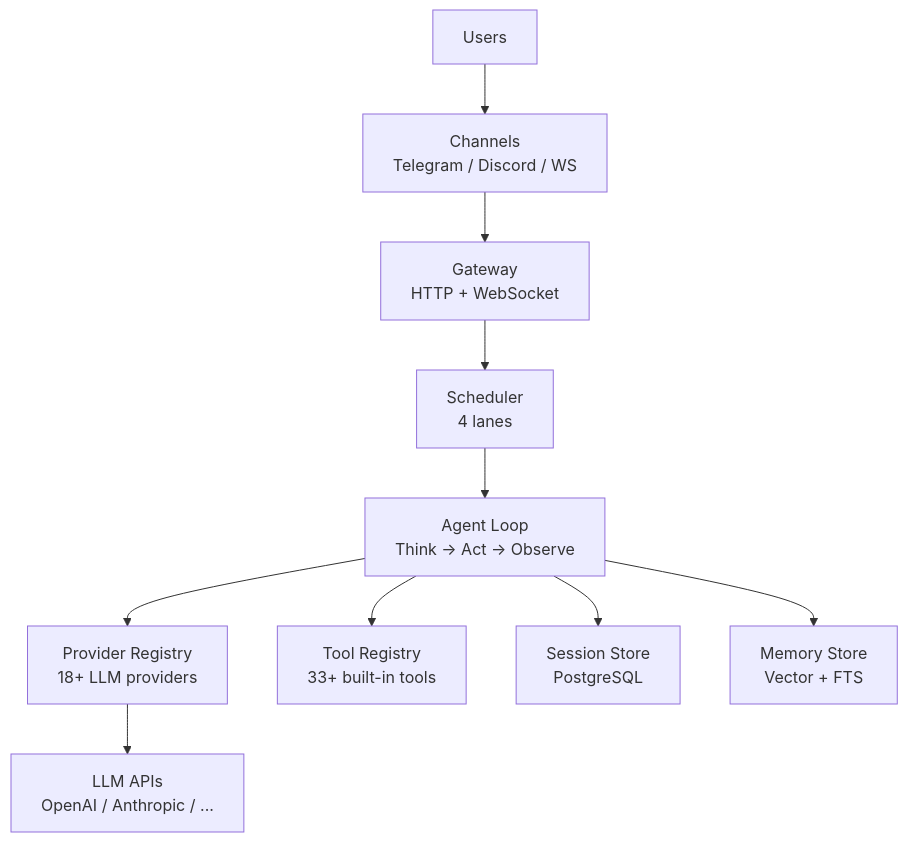
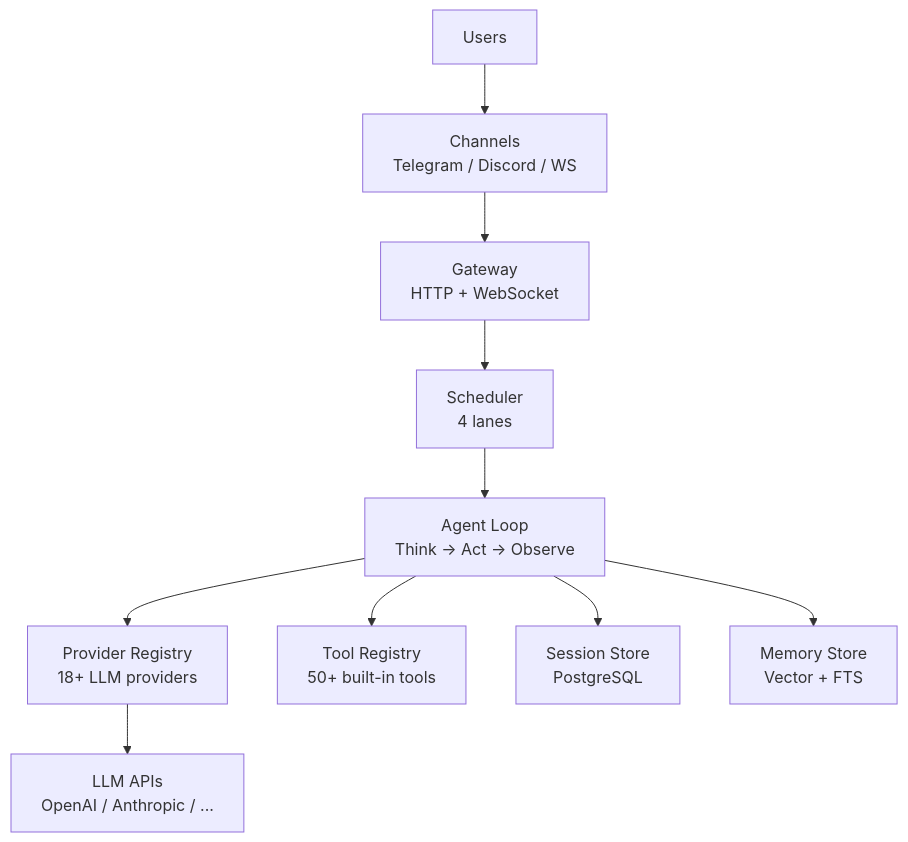
One commit to nextlevelbuilder/goclaw-docs changed the first of 2 diagrams in core-concepts/how-goclaw-works.md. Above: the diagram before and after it, drawn with Mermaid. The commit also changed other lines of this file and 11 other files, not shown here.

````diff
--- a/core-concepts/how-goclaw-works.md
+++ b/core-concepts/how-goclaw-works.md
@@ -11,12 +11,12 @@
 ```mermaid
 graph TD
     U[Users] --> CH[Channels<br/>Telegram / Discord / WS]
     CH --> GW[Gateway<br/>HTTP + WebSocket]
     GW --> SC[Scheduler<br/>4 lanes]
     SC --> AL[Agent Loop<br/>Think → Act → Observe]
     AL --> PR[Provider Registry<br/>18+ LLM providers]
-    AL --> TR[Tool Registry<br/>33+ built-in tools]
+    AL --> TR[Tool Registry<br/>50+ built-in tools]
     AL --> SS[Session Store<br/>PostgreSQL]
     AL --> MM[Memory Store<br/>Vector + FTS]
     PR --> LLM[LLM APIs<br/>OpenAI / Anthropic / ...]
 ```
````
